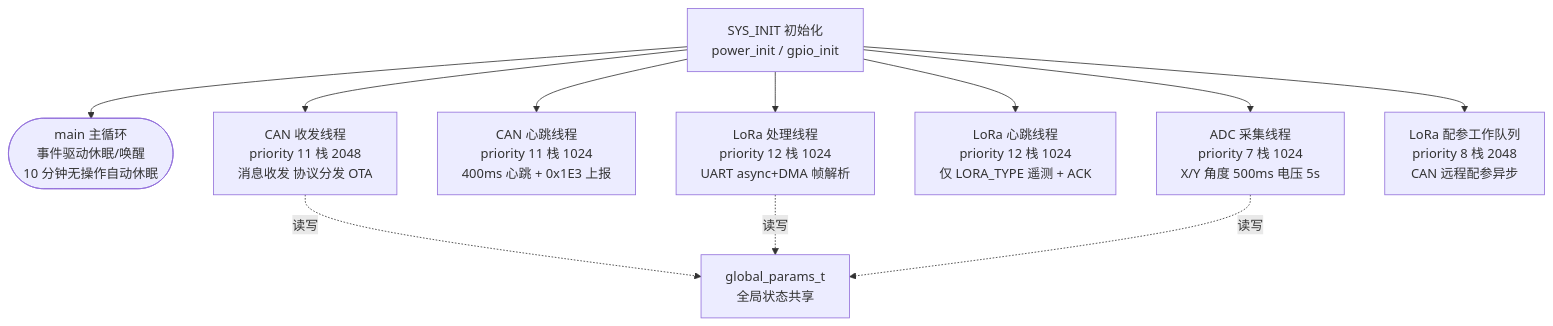
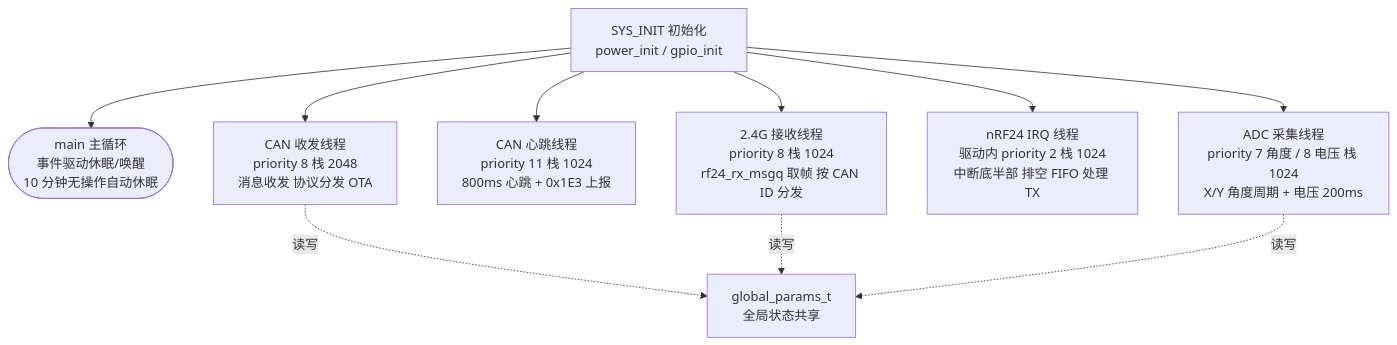
One commit to kabirz/zephyr_app changed the first of 6 diagrams in docs/architecture.md. Above: the diagram before and after it, drawn with Mermaid. The commit also changed other lines of this file and 16 other files, not shown here.

````diff
--- a/docs/architecture.md
+++ b/docs/architecture.md
@@ -11,27 +11,25 @@
 ```mermaid
 flowchart TD
     SYS["SYS_INIT 初始化<br/>power_init / gpio_init"]
     MAIN(["main 主循环<br/>事件驱动休眠/唤醒<br/>10 分钟无操作自动休眠"])
 
-    CAN["CAN 收发线程<br/>priority 11 栈 2048<br/>消息收发 协议分发 OTA"]
-    HEART["CAN 心跳线程<br/>priority 11 栈 1024<br/>400ms 心跳 + 0x1E3 上报"]
+    CAN["CAN 收发线程<br/>priority 8 栈 2048<br/>消息收发 协议分发 OTA"]
+    HEART["CAN 心跳线程<br/>priority 11 栈 1024<br/>800ms 心跳 + 0x1E3 上报"]
 
-    LORA["LoRa 处理线程<br/>priority 12 栈 1024<br/>UART async+DMA 帧解析"]
-    LHEART["LoRa 心跳线程<br/>priority 12 栈 1024<br/>仅 LORA_TYPE 遥测 + ACK"]
+    RF24["2.4G 接收线程<br/>priority 8 栈 1024<br/>rf24_rx_msgq 取帧 按 CAN ID 分发"]
+    IRQ["nRF24 IRQ 线程<br/>驱动内 priority 2 栈 1024<br/>中断底半部 排空 FIFO 处理 TX"]
 
-    ADC["ADC 采集线程<br/>priority 7 栈 1024<br/>X/Y 角度 500ms 电压 5s"]
-    CFG["LoRa 配参工作队列<br/>priority 8 栈 2048<br/>CAN 远程配参异步"]
+    ADC["ADC 采集线程<br/>priority 7 角度 / 8 电压 栈 1024<br/>X/Y 角度周期 + 电压 200ms"]
 
     SYS --> MAIN
     SYS --> CAN
     SYS --> HEART
-    SYS --> LORA
-    SYS --> LHEART
+    SYS --> RF24
+    SYS --> IRQ
     SYS --> ADC
-    SYS --> CFG
 
     GP["global_params_t<br/>全局状态共享"]
     CAN -. 读写 .-> GP
-    LORA -. 读写 .-> GP
+    RF24 -. 读写 .-> GP
     ADC -. 读写 .-> GP
 ```
````
